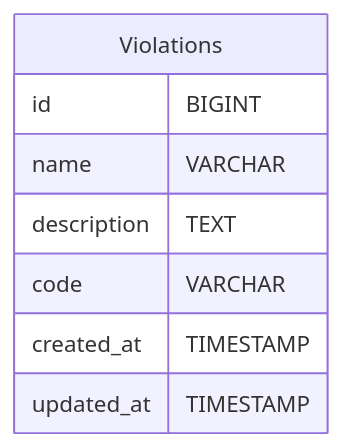
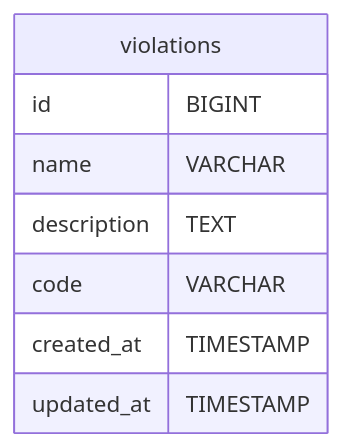
Before and after one commit to codeitlikemiley/arta-ecms-docs: diagram 13 of 41 in infrastructure/db-schema.mdx, drawn with Mermaid. The commit also changed other lines of this file and 34 other files, not shown here.

````diff
--- a/infrastructure/db-schema.mdx
+++ b/infrastructure/db-schema.mdx
@@ -309,12 +530,11 @@
-```mermaid
-erDiagram
-    Violations {
-        id BIGINT
-        name VARCHAR
-        description TEXT
-        code VARCHAR
-        created_at TIMESTAMP
-        updated_at TIMESTAMP
-    }
-
-```
+      ```mermaid
+      erDiagram
+          violations {
+              id BIGINT
+              name VARCHAR
+              description TEXT
+              code VARCHAR
+              created_at TIMESTAMP
+              updated_at TIMESTAMP
+          }
+      ```
````
